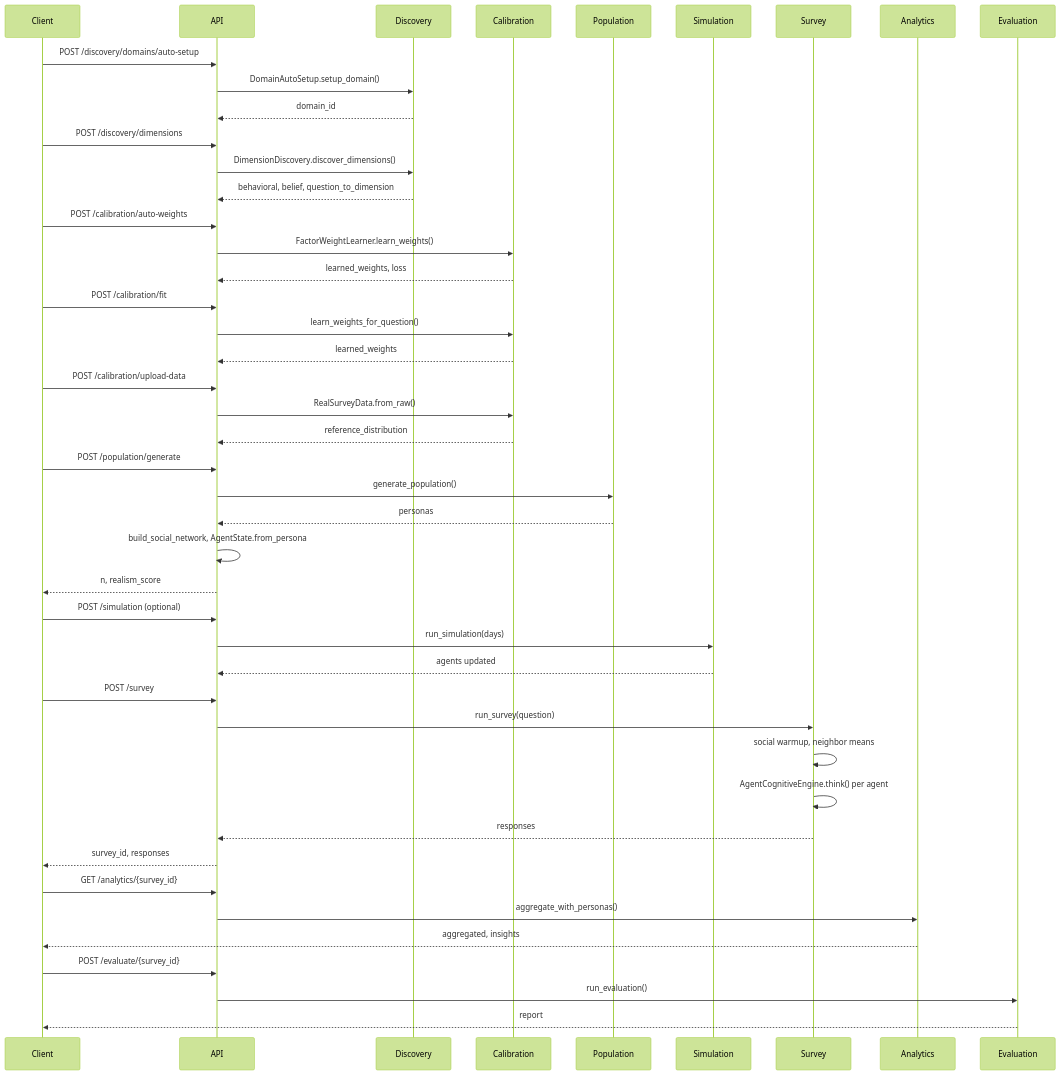
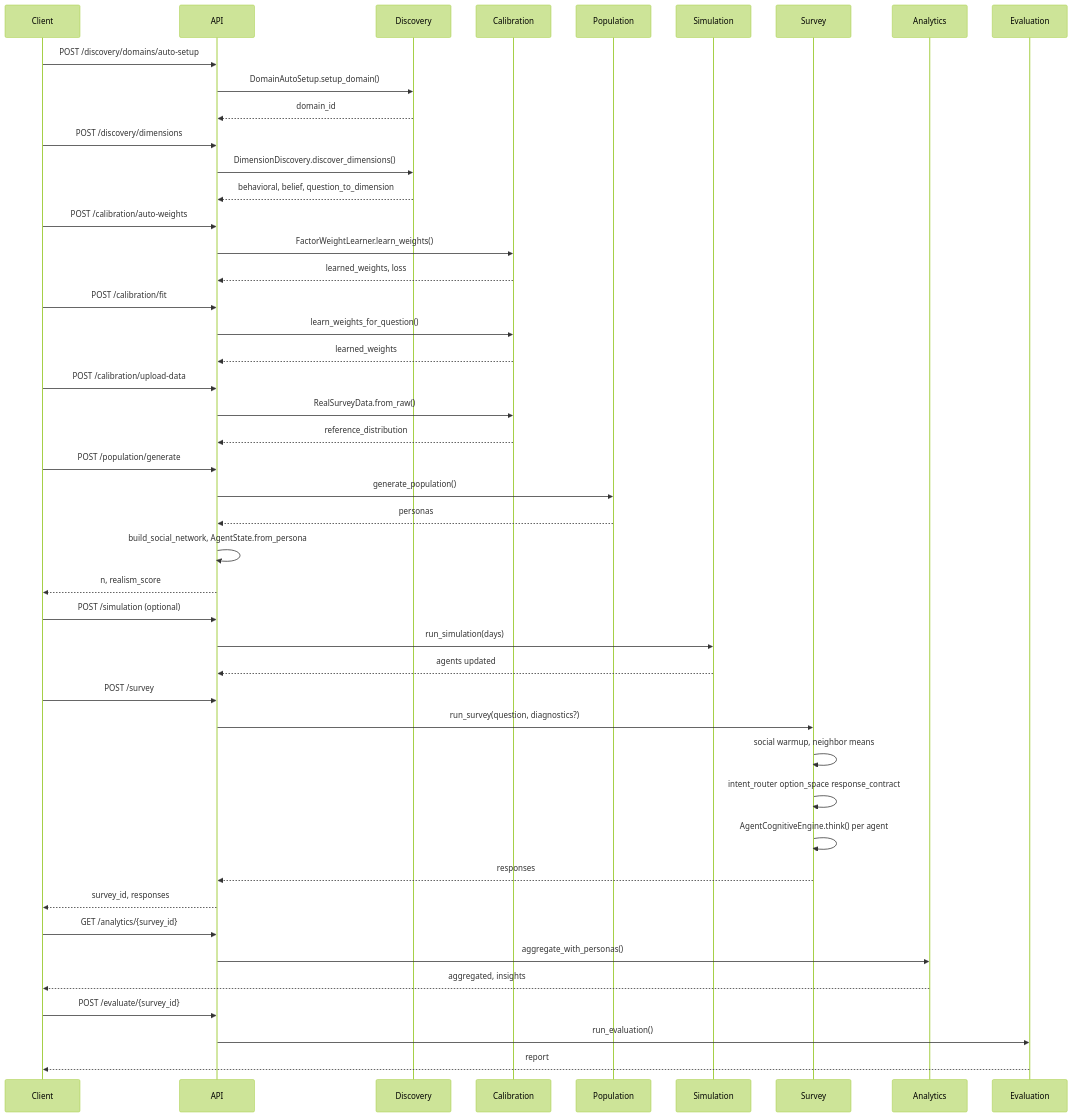
The second of 5 diagrams in docs/architecture.md (Shubhankar9934/Socio_Sim_AI), drawn with Mermaid (forest theme) before and after one commit. The commit also changed other lines of this file and 132 other files, not shown here.

````diff
--- a/docs/architecture.md
+++ b/docs/architecture.md
@@ -94,57 +116,58 @@
 ```mermaid
 sequenceDiagram
     participant Client
     participant API
     participant Discovery
     participant Calibration
     participant Population
     participant Simulation
     participant Survey
     participant Analytics
     participant Evaluation
 
     Client->>API: POST /discovery/domains/auto-setup
     API->>Discovery: DomainAutoSetup.setup_domain()
     Discovery-->>API: domain_id
 
     Client->>API: POST /discovery/dimensions
     API->>Discovery: DimensionDiscovery.discover_dimensions()
     Discovery-->>API: behavioral, belief, question_to_dimension
 
     Client->>API: POST /calibration/auto-weights
     API->>Calibration: FactorWeightLearner.learn_weights()
     Calibration-->>API: learned_weights, loss
 
     Client->>API: POST /calibration/fit
     API->>Calibration: learn_weights_for_question()
     Calibration-->>API: learned_weights
 
     Client->>API: POST /calibration/upload-data
     API->>Calibration: RealSurveyData.from_raw()
     Calibration-->>API: reference_distribution
 
     Client->>API: POST /population/generate
     API->>Population: generate_population()
     Population-->>API: personas
     API->>API: build_social_network, AgentState.from_persona
     API-->>Client: n, realism_score
 
     Client->>API: POST /simulation (optional)
     API->>Simulation: run_simulation(days)
     Simulation-->>API: agents updated
 
     Client->>API: POST /survey
-    API->>Survey: run_survey(question)
+    API->>Survey: run_survey(question, diagnostics?)
     Survey->>Survey: social warmup, neighbor means
+    Survey->>Survey: intent_router option_space response_contract
     Survey->>Survey: AgentCognitiveEngine.think() per agent
     Survey-->>API: responses
     API-->>Client: survey_id, responses
 
     Client->>API: GET /analytics/{survey_id}
     API->>Analytics: aggregate_with_personas()
     Analytics-->>Client: aggregated, insights
 
     Client->>API: POST /evaluate/{survey_id}
     API->>Evaluation: run_evaluation()
     Evaluation-->>Client: report
 ```
````
